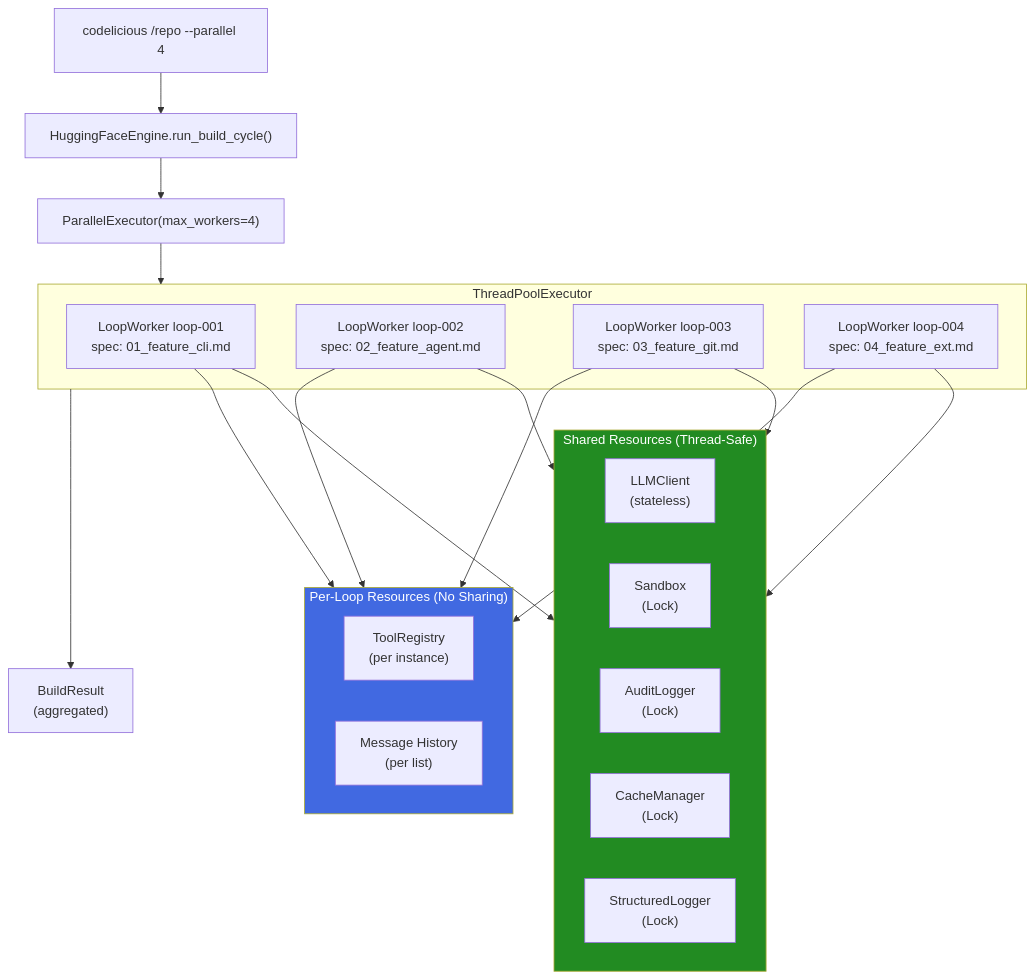
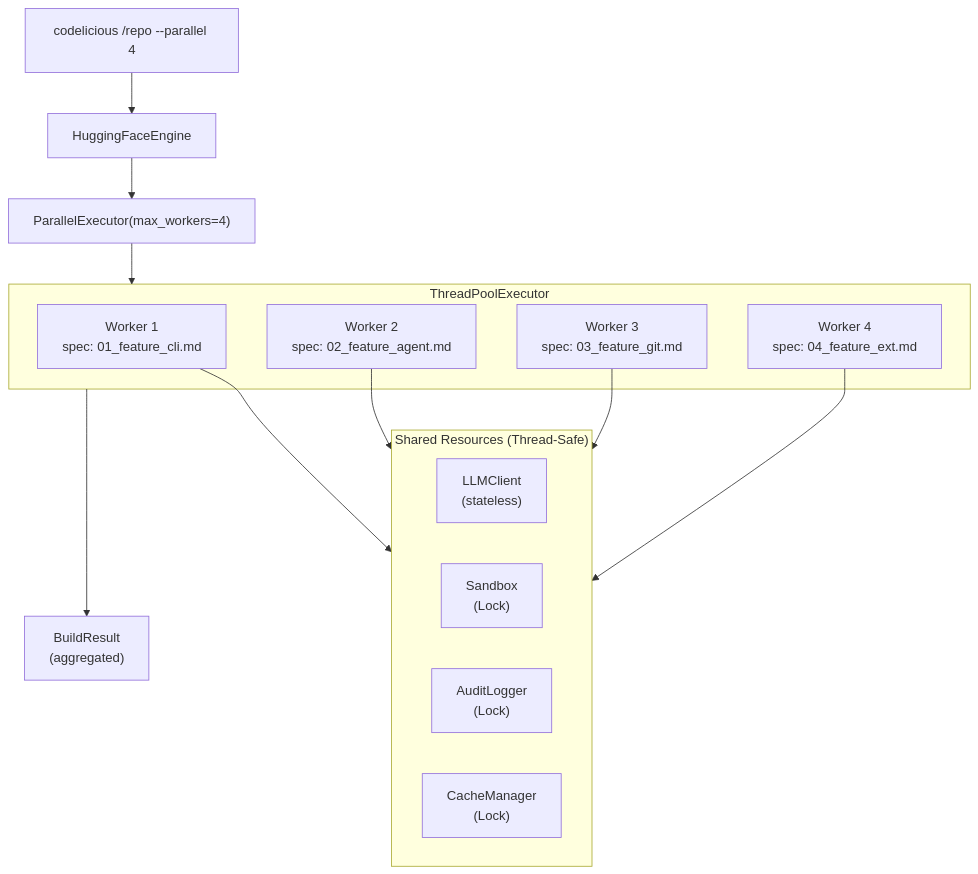
The third of 7 diagrams in README.md (clay-good/codelicious), drawn with Mermaid before and after one commit. The commit also changed other lines of this file and 145 other files, not shown here.

````diff
--- a/README.md
+++ b/README.md
@@ -342,35 +321,25 @@
 ```mermaid
 flowchart TB
     CLI["codelicious /repo --parallel 4"]
-    Engine["HuggingFaceEngine.run_build_cycle()"]
+    Engine["HuggingFaceEngine"]
     PE["ParallelExecutor(max_workers=4)"]
 
     subgraph Workers["ThreadPoolExecutor"]
-        W1["LoopWorker loop-001\nspec: 01_feature_cli.md"]
-        W2["LoopWorker loop-002\nspec: 02_feature_agent.md"]
-        W3["LoopWorker loop-003\nspec: 03_feature_git.md"]
-        W4["LoopWorker loop-004\nspec: 04_feature_ext.md"]
+        W1["Worker 1\nspec: 01_feature_cli.md"]
+        W2["Worker 2\nspec: 02_feature_agent.md"]
+        W3["Worker 3\nspec: 03_feature_git.md"]
+        W4["Worker 4\nspec: 04_feature_ext.md"]
     end
 
     subgraph Shared["Shared Resources (Thread-Safe)"]
         LLM["LLMClient\n(stateless)"]
         SB["Sandbox\n(Lock)"]
         AL["AuditLogger\n(Lock)"]
         CM["CacheManager\n(Lock)"]
-        SL["StructuredLogger\n(Lock)"]
-    end
-
-    subgraph PerLoop["Per-Loop Resources (No Sharing)"]
-        TR["ToolRegistry\n(per instance)"]
-        MH["Message History\n(per list)"]
     end
 
     CLI --> Engine --> PE
     PE --> Workers
     W1 & W2 & W3 & W4 --> Shared
-    W1 & W2 & W3 & W4 --> PerLoop
     Workers --> Result["BuildResult\n(aggregated)"]
-
-    style Shared fill:#228B22,color:#fff
-    style PerLoop fill:#4169E1,color:#fff
 ```
````
